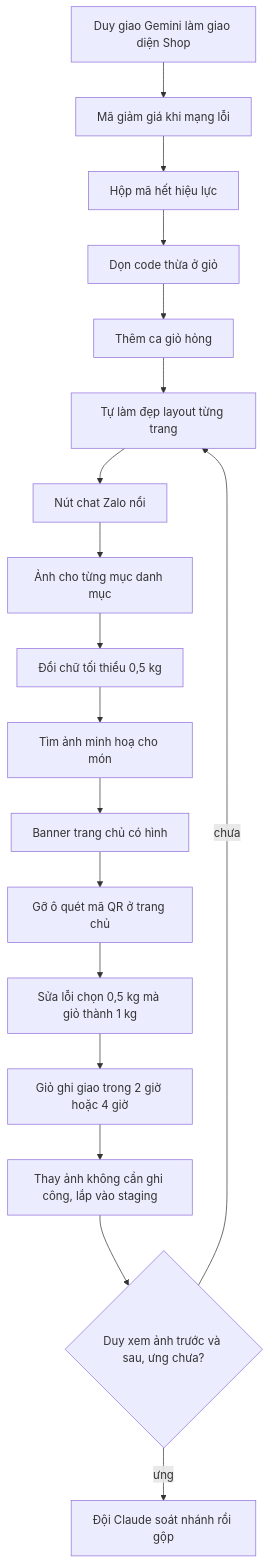
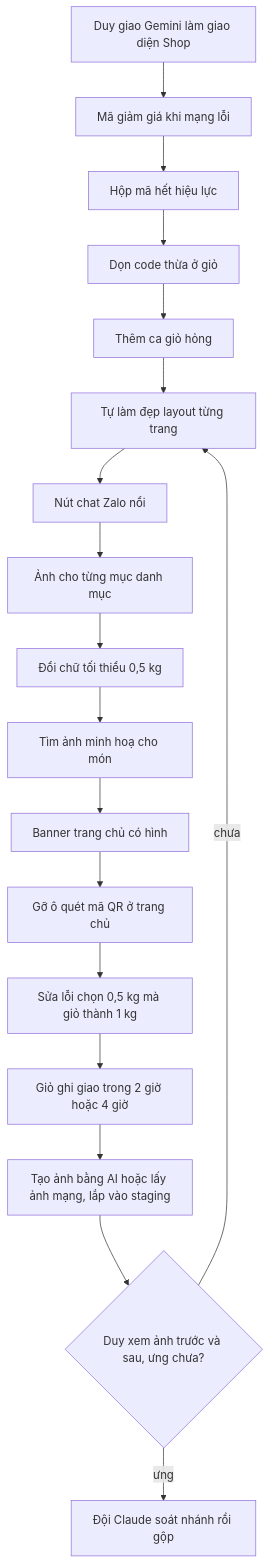
The diagram in doc/features/2026-11-11-shop-ui-gemini/02c-giao-viec.md (DuyduyFedev46/fish), drawn with Mermaid before and after one commit. The commit also changed other lines of this file, not shown here.

Commit message:
Phiếu Gemini GUI-14: ưu tiên ảnh AI tạo, không cần xét giấy phép (Duy chốt 15/11)

````diff
--- a/doc/features/2026-11-11-shop-ui-gemini/02c-giao-viec.md
+++ b/doc/features/2026-11-11-shop-ui-gemini/02c-giao-viec.md
@@ -3,20 +3,20 @@
 ```mermaid
 flowchart TD
   A["Duy giao Gemini làm giao diện Shop"] --> V1["Mã giảm giá khi mạng lỗi"]
   V1 --> V2["Hộp mã hết hiệu lực"]
   V2 --> V3["Dọn code thừa ở giỏ"]
   V3 --> V4["Thêm ca giỏ hỏng"]
   V4 --> V5["Tự làm đẹp layout từng trang"]
   V5 --> V6["Nút chat Zalo nổi"]
   V6 --> V7["Ảnh cho từng mục danh mục"]
   V7 --> V8["Đổi chữ tối thiểu 0,5 kg"]
   V8 --> V9["Tìm ảnh minh hoạ cho món"]
   V9 --> V10["Banner trang chủ có hình"]
   V10 --> V11["Gỡ ô quét mã QR ở trang chủ"]
   V11 --> V12["Sửa lỗi chọn 0,5 kg mà giỏ thành 1 kg"]
   V12 --> V13["Giỏ ghi giao trong 2 giờ hoặc 4 giờ"]
-  V13 --> V14["Thay ảnh không cần ghi công, lắp vào staging"]
+  V13 --> V14["Tạo ảnh bằng AI hoặc lấy ảnh mạng, lắp vào staging"]
   V14 --> D{"Duy xem ảnh trước và sau, ưng chưa?"}
   D -- "chưa" --> V5
   D -- "ưng" --> R["Đội Claude soát nhánh rồi gộp"]
 ```
````
